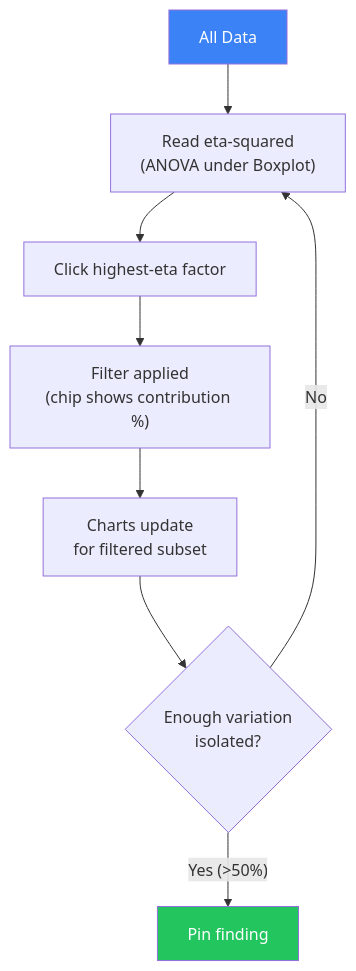
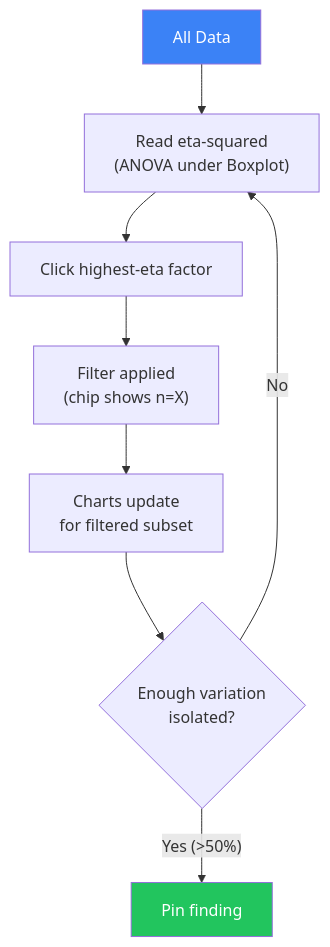
Before and after one commit to jukka-matti/variscout: the seventh of 8 diagrams in docs/03-features/workflows/analysis-journey-map.md, drawn with Mermaid. The commit also changed other lines of this file and 7 other files, not shown here.

````diff
--- a/docs/03-features/workflows/analysis-journey-map.md
+++ b/docs/03-features/workflows/analysis-journey-map.md
@@ -374,13 +373,13 @@
 ```mermaid
 flowchart TD
     ALL["All Data"] --> READ["Read eta-squared\n(ANOVA under Boxplot)"]
     READ --> CLICK["Click highest-eta factor"]
-    CLICK --> FILTER["Filter applied\n(chip shows contribution %)"]
+    CLICK --> FILTER["Filter applied\n(chip shows n=X)"]
     FILTER --> UPDATE["Charts update\nfor filtered subset"]
     UPDATE --> CHECK{Enough variation\nisolated?}
     CHECK -- "Yes (>50%)" --> PIN["Pin finding"]
     CHECK -- "No" --> READ
 
     style ALL fill:#3b82f6,color:#fff
     style PIN fill:#22c55e,color:#fff
 ```
````
